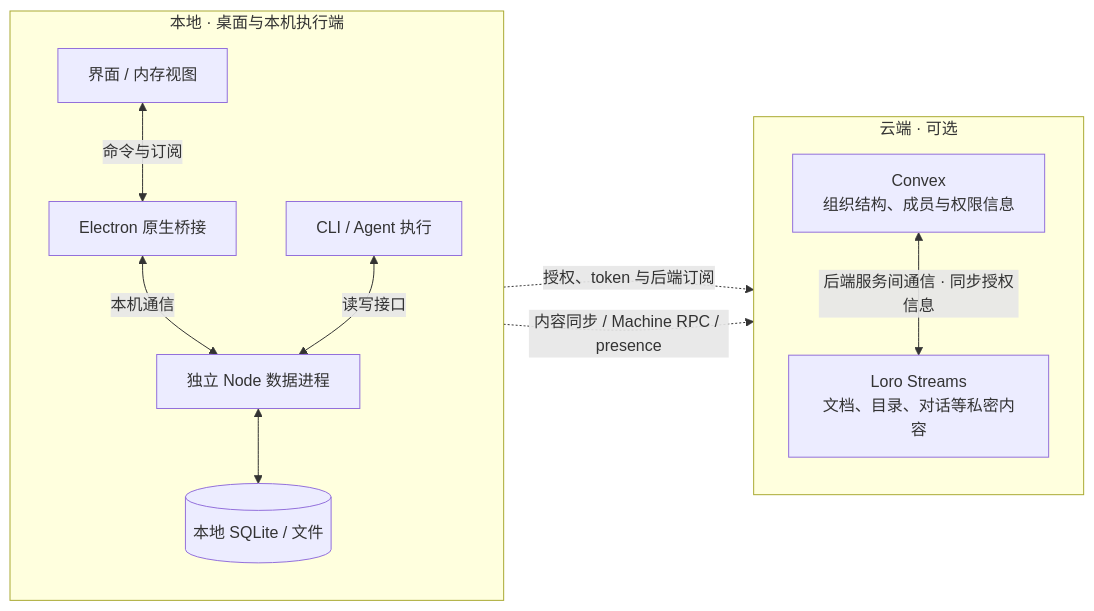
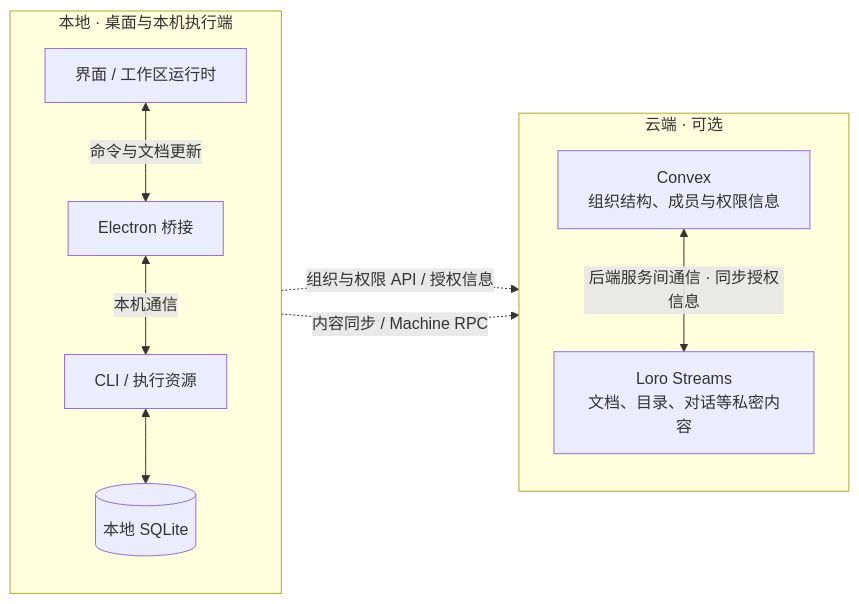
Before and after one commit to ACAne0320/Lody: the diagram in specs/communication-architecture.zh.md, drawn with Mermaid. The commit also changed other lines of this file and 10 other files, not shown here.

````diff
--- a/specs/communication-architecture.zh.md
+++ b/specs/communication-architecture.zh.md
@@ -21,18 +19,17 @@
 ```mermaid
 flowchart LR
   subgraph LOCAL["本地 · 桌面与本机执行端"]
     direction TB
-    UI["界面 / 内存视图"] <-->|"命令与订阅"| E["Electron 原生桥接"]
-    E <-->|"本机通信"| DATA["独立 Node 数据进程"]
-    CLI["CLI / Agent 执行"] <-->|"读写接口"| DATA
-    DATA <--> DB[("本地 SQLite / 文件")]
+    UI["界面 / 工作区运行时"] <-->|"命令与文档更新"| E["Electron 桥接"]
+    E <-->|"本机通信"| CLI["CLI / 执行资源"]
+    CLI <--> DB[("本地 SQLite")]
   end
   subgraph CLOUD["云端 · 可选"]
     direction TB
     C["Convex<br/>组织结构、成员与权限信息"]
     S["Loro Streams<br/>文档、目录、对话等私密内容"]
     C <-->|"后端服务间通信 · 同步授权信息"| S
   end
-  DATA -. "授权、token 与后端订阅" .-> C
-  DATA -. "内容同步 / Machine RPC / presence" .-> S
+  LOCAL -. "组织与权限 API / 授权信息" .-> C
+  LOCAL -. "内容同步 / Machine RPC" .-> S
 ```
````
